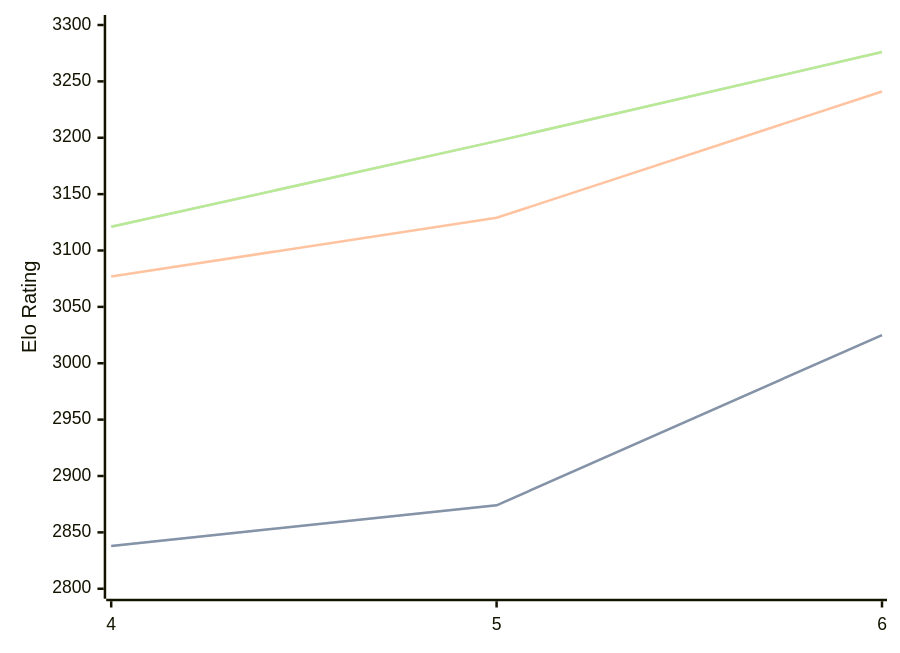
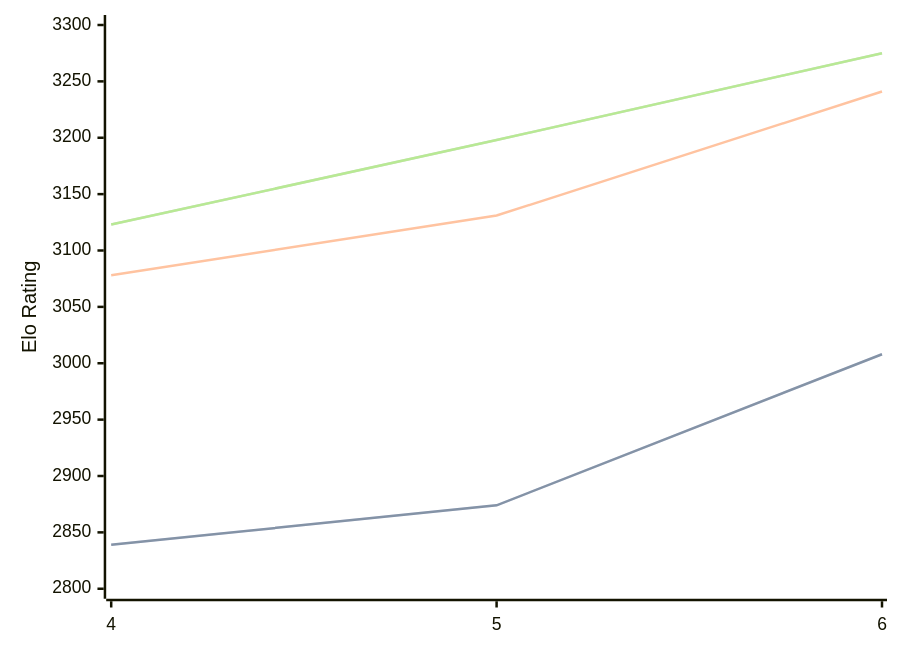
Before and after one commit to computer-chess-index/cci: the third of 3 diagrams in engines/Cwtch.md, drawn with Mermaid. The commit also changed other lines of this file, not shown here.

Commit message:
Update CCI Ratings (ELO VLTC) - 2026-07-12

````diff
--- a/engines/Cwtch.md
+++ b/engines/Cwtch.md
@@ -69,11 +69,11 @@
 ```mermaid
 %%{init: {"theme":"base","themeVariables":{"seriesColors:['#a3a3a3','#222221','#faa371']}}}%%
 xychart-beta
   x-axis ["4", "5", "6"]
   y-axis "Elo Rating" 2800 --> 3300
-  line "STC (8.0+0.08s)" [2838, 2874, 3025]
-  line "STC (8.0+0.08s)" [2838, 2874, 3025]
-  line "LTC (60.0+0.60s)" [3077, 3129, 3241]
-  line "VLTC (2m24s+1.12s)" [3121, 3197, 3276]
-  line "VLTC (2m24s+1.12s)" [3121, 3197, 3276]
+  line "STC (8.0+0.08s)" [2839, 2874, 3008]
+  line "STC (8.0+0.08s)" [2839, 2874, 3008]
+  line "LTC (60.0+0.60s)" [3078, 3131, 3241]
+  line "VLTC (2m24s+1.12s)" [3123, 3198, 3275]
+  line "VLTC (2m24s+1.12s)" [3123, 3198, 3275]
 ```
````
